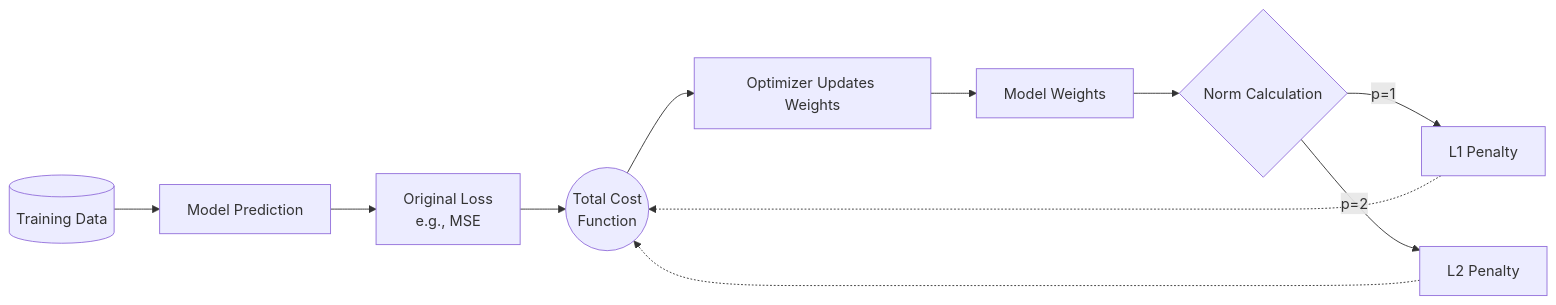
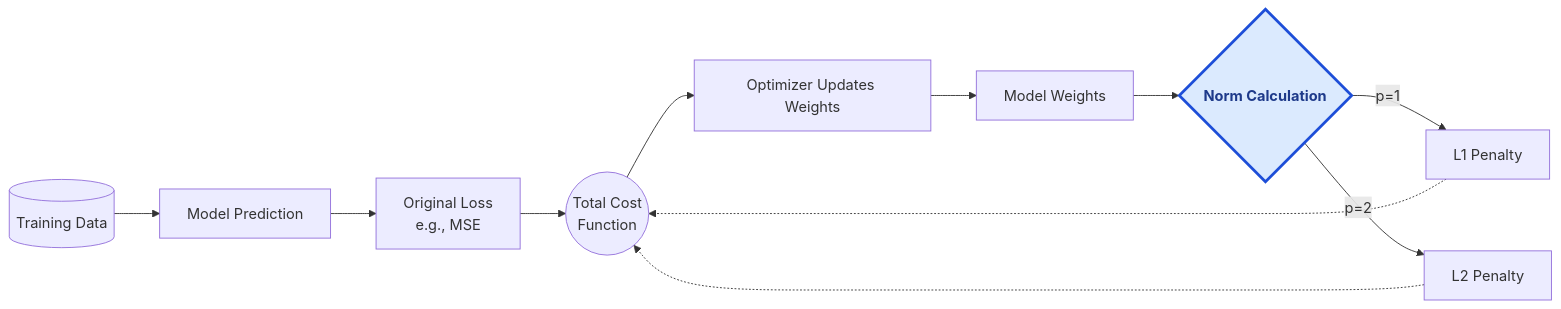
One commit to ilwon-seo/terms changed the third of 3 diagrams in N/Norm (mathematics).md. Above: the diagram before and after it, drawn with Mermaid. The commit also changed other lines of this file and 18 other files, not shown here.

Commit message:
Standardize current-term Mermaid styling

````diff
--- a/N/Norm (mathematics).md
+++ b/N/Norm (mathematics).md
@@ -172,16 +180,18 @@
 ```mermaid
 graph LR
     Data[(Training Data)] --> Pred[Model Prediction]
     Pred --> Loss[Original Loss<br>e.g., MSE]
     
     Weights[Model Weights] --> NormCalc{Norm Calculation}
     NormCalc -->|p=1| L1[L1 Penalty]
     NormCalc -->|p=2| L2[L2 Penalty]
     
     Loss --> TotalCost((Total Cost<br>Function))
     L1 -.-> TotalCost
     L2 -.-> TotalCost
     
     TotalCost --> Opt[Optimizer Updates Weights]
     Opt --> Weights
+    classDef currentTerm fill:#dbeafe,stroke:#1d4ed8,stroke-width:3px,color:#1e3a8a,font-weight:bold
+    class NormCalc currentTerm
 ```
````
